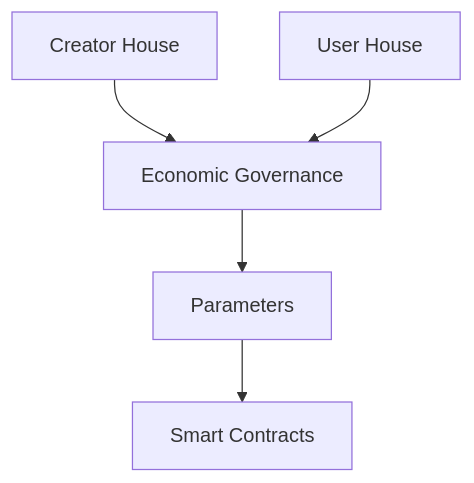
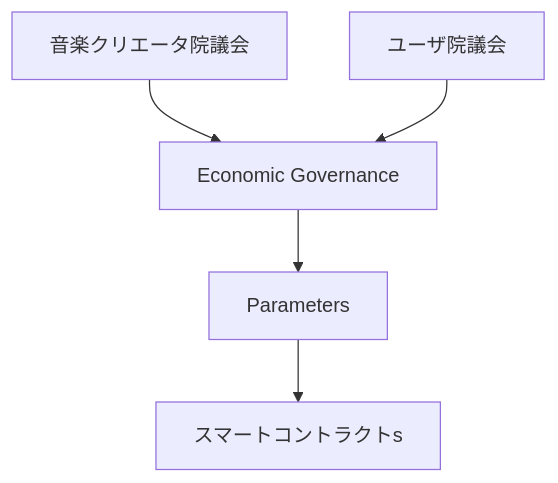
One commit to ShigeichiroYamasaki/creator-first-platform changed diagram 19 of 27 in docs/whitepaper/06-economics-mathjax.md. Above: the diagram before and after it, drawn with Mermaid. The commit also changed other lines of this file and 67 other files, not shown here.

````diff
--- a/docs/whitepaper/06-economics-mathjax.md
+++ b/docs/whitepaper/06-economics-mathjax.md
@@ -867,11 +867,11 @@
 ```mermaid
 flowchart TD
-    CH[Creator House]
-    UH[User House]
+    CH[音楽クリエータ院議会]
+    UH[ユーザ院議会]
 
     CH --> GOV[Economic Governance]
     UH --> GOV
 
     GOV --> PARAM[Parameters]
-    PARAM --> SC[Smart Contracts]
+    PARAM --> SC[スマートコントラクトs]
 ```
````
